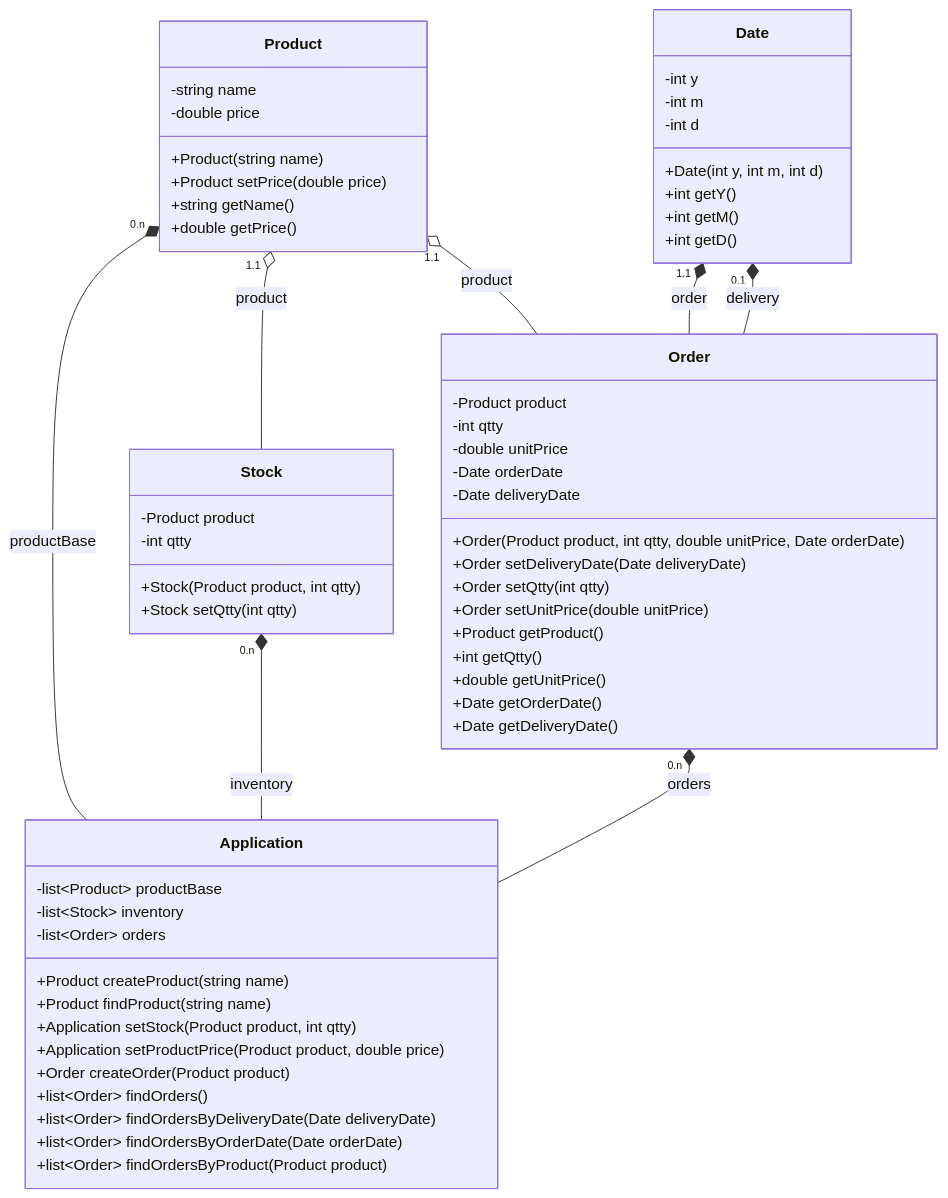
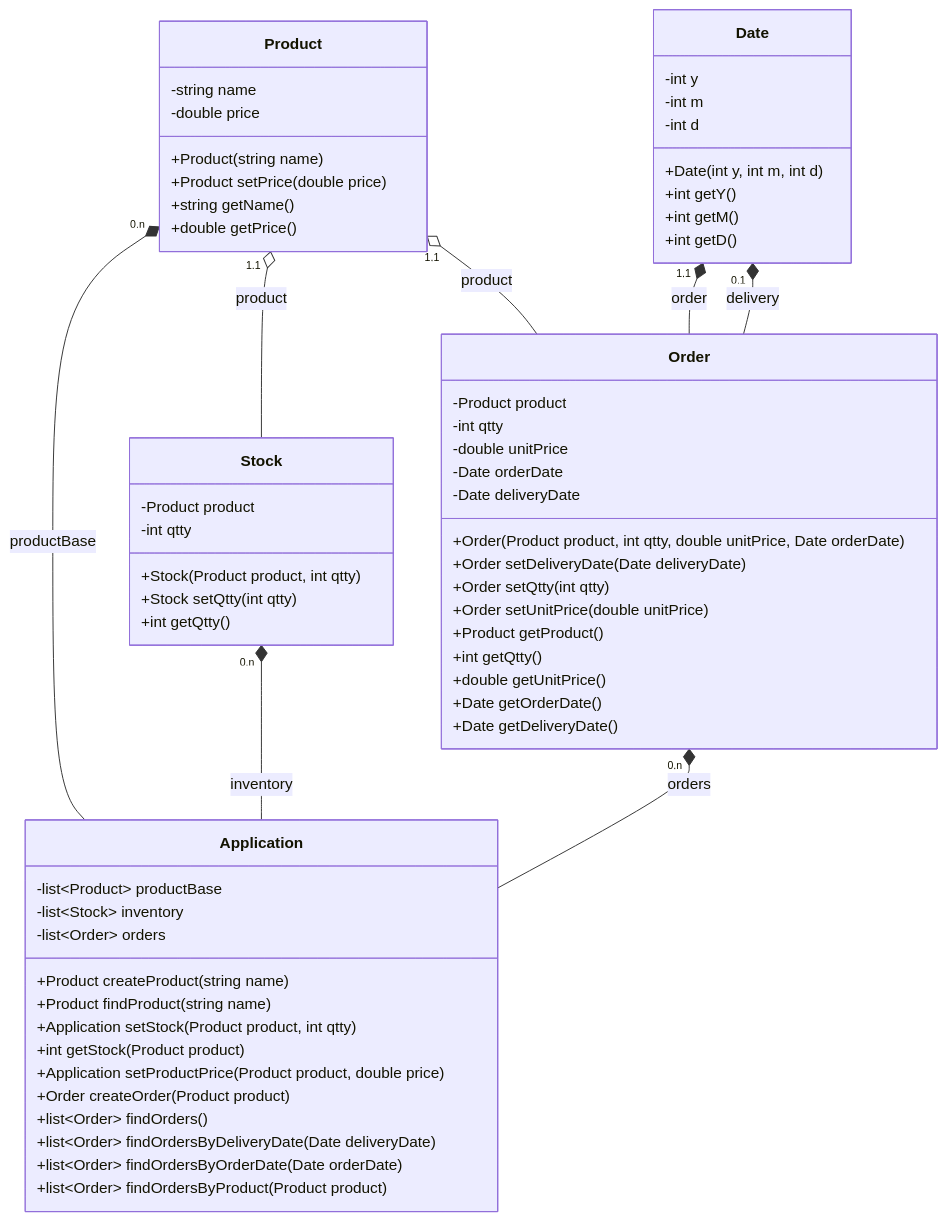
Before and after one commit to esirem-chassel/3aa-progadv: the fourth of 5 diagrams in Activités/act2-uml-basics.md, drawn with Mermaid. The commit also changed other lines of this file, not shown here.

````diff
--- a/Activités/act2-uml-basics.md
+++ b/Activités/act2-uml-basics.md
@@ -160,68 +160,70 @@
 ```mermaid
 classDiagram
   class Product {
     -string name
     -double price
     +Product(string name)
     +Product setPrice(double price)
     +string getName()
     +double getPrice()
   }
 
   class Date {
     -int y
     -int m
     -int d
     +Date(int y, int m, int d)
     +int getY()
     +int getM()
     +int getD()
   }
 
   class Order {
     -Product product
     -int qtty
     -double unitPrice
     -Date orderDate
     -Date deliveryDate
     +Order(Product product, int qtty, double unitPrice, Date orderDate)
     +Order setDeliveryDate(Date deliveryDate)
     +Order setQtty(int qtty)
     +Order setUnitPrice(double unitPrice)
     +Product getProduct()
     +int getQtty()
     +double getUnitPrice()
     +Date getOrderDate()
     +Date getDeliveryDate()
   }
 
   class Stock {
     -Product product
     -int qtty
     +Stock(Product product, int qtty)
     +Stock setQtty(int qtty)
+    +int getQtty()
   }
 
   class Application {
     -list~Product~ productBase
     -list~Stock~ inventory
     -list~Order~ orders
     +Product createProduct(string name)
     +Product findProduct(string name)
     +Application setStock(Product product, int qtty)
+    +int getStock(Product product)
     +Application setProductPrice(Product product, double price)
     +Order createOrder(Product product)
     +list~Order~ findOrders()
     +list~Order~ findOrdersByDeliveryDate(Date deliveryDate)
     +list~Order~ findOrdersByOrderDate(Date orderDate)
     +list~Order~ findOrdersByProduct(Product product)
   }
 
   Product "0,n" *-- Application : productBase
   Stock "0,n" *-- Application : inventory
   Product "1,1" o-- Stock : product
   Product "1,1" o-- Order : product
   Date "1,1" *-- Order : order
   Date "0,1" *-- Order : delivery
   Order "0,n" *-- Application : orders
 ```
````
